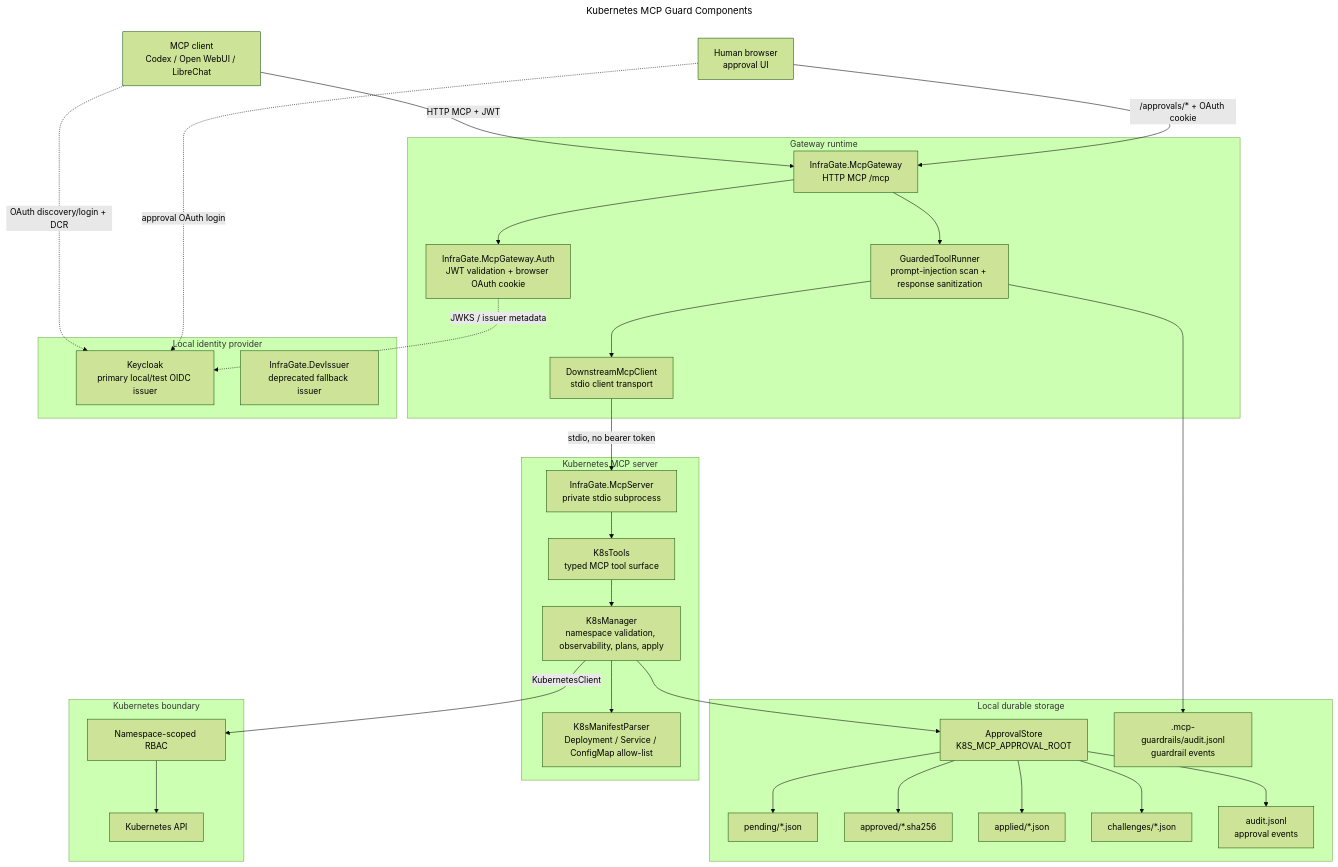
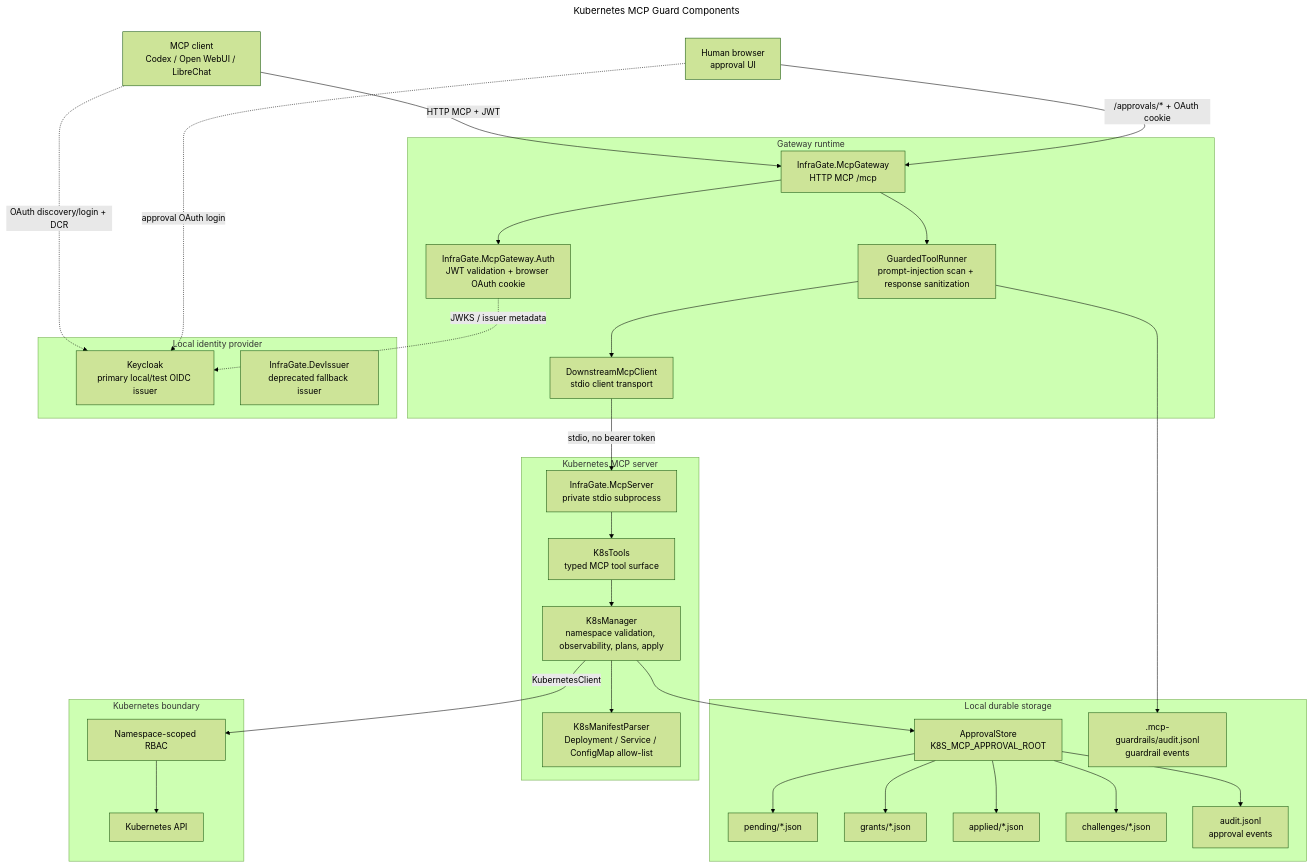
One commit to mirusser/Kubernetes-MCP-Guard changed the first of 7 diagrams in docs/architecture.md. Above: the diagram before and after it, drawn with Mermaid (forest theme). The commit also changed other lines of this file and 53 other files, not shown here.

````diff
--- a/docs/architecture.md
+++ b/docs/architecture.md
@@ -12,63 +12,63 @@
 ```mermaid
 ---
 title: Kubernetes MCP Guard Components
 ---
 flowchart TB
     Client["MCP client<br/>Codex / Open WebUI / LibreChat"]
     Browser["Human browser<br/>approval UI"]
 
     subgraph GatewayRuntime["Gateway runtime"]
         Gateway["InfraGate.McpGateway<br/>HTTP MCP /mcp"]
         Auth["InfraGate.McpGateway.Auth<br/>JWT validation + browser OAuth cookie"]
         Guardrails["GuardedToolRunner<br/>prompt-injection scan + response sanitization"]
         Downstream["DownstreamMcpClient<br/>stdio client transport"]
         Gateway --> Auth
         Gateway --> Guardrails
         Guardrails --> Downstream
     end
 
     subgraph DevAuth["Local identity provider"]
         Keycloak["Keycloak<br/>primary local/test OIDC issuer"]
         DevIssuer["InfraGate.DevIssuer<br/>deprecated fallback issuer"]
     end
 
     subgraph ServerRuntime["Kubernetes MCP server"]
         Server["InfraGate.McpServer<br/>private stdio subprocess"]
         Tools["K8sTools<br/>typed MCP tool surface"]
         Manager["K8sManager<br/>namespace validation, observability, plans, apply"]
         Parser["K8sManifestParser<br/>Deployment / Service / ConfigMap allow-list"]
         Server --> Tools --> Manager
         Manager --> Parser
     end
 
     subgraph Storage["Local durable storage"]
         ApprovalStore["ApprovalStore<br/>K8S_MCP_APPROVAL_ROOT"]
         Pending["pending/*.json"]
-        Approved["approved/*.sha256"]
+        Approved["grants/*.json"]
         Applied["applied/*.json"]
         Challenges["challenges/*.json"]
         ApprovalAudit["audit.jsonl<br/>approval events"]
         GuardAudit[".mcp-guardrails/audit.jsonl<br/>guardrail events"]
         ApprovalStore --> Pending
         ApprovalStore --> Approved
         ApprovalStore --> Applied
         ApprovalStore --> Challenges
         ApprovalStore --> ApprovalAudit
     end
 
     subgraph Kubernetes["Kubernetes boundary"]
         RBAC["Namespace-scoped RBAC"]
         Api["Kubernetes API"]
         RBAC --> Api
     end
 
     Client -->|"HTTP MCP + JWT"| Gateway
     Browser -->|"/approvals/* + OAuth cookie"| Gateway
     Client -. "OAuth discovery/login + DCR" .-> Keycloak
     Browser -. "approval OAuth login" .-> Keycloak
     Auth -. "JWKS / issuer metadata" .-> Keycloak
     Downstream -->|"stdio, no bearer token"| Server
     Guardrails --> GuardAudit
     Manager --> ApprovalStore
     Manager -->|"KubernetesClient"| RBAC
 ```
````
